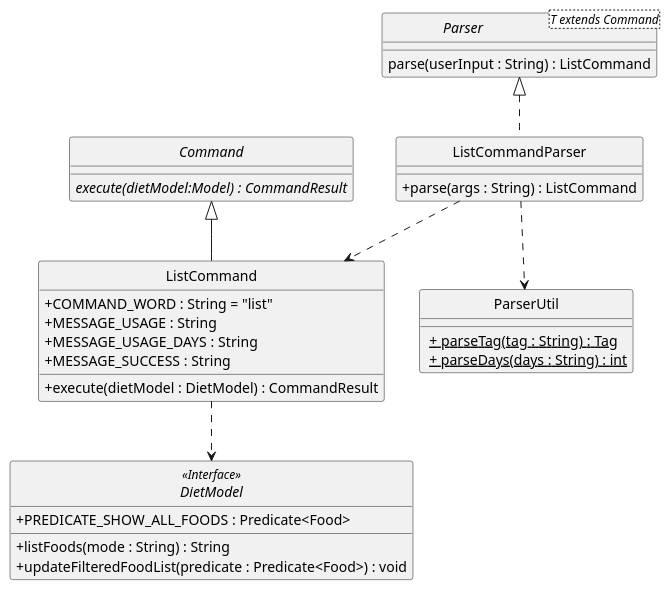
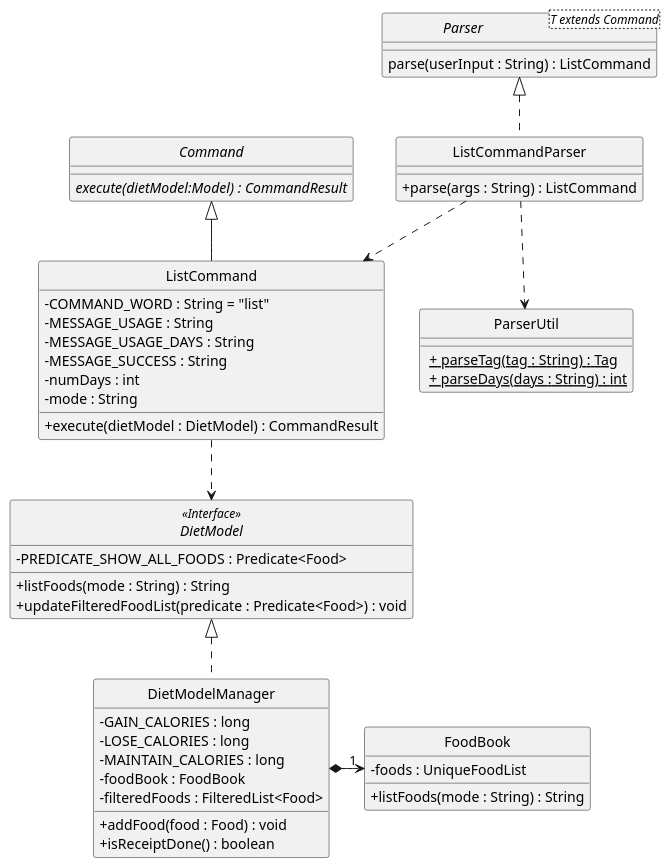
The diagram in docs/diagrams/DietTrackerListCommandClassDiagram.puml (nus-cs2103-AY1920S2/addressbook-level3), drawn with PlantUML before and after one commit. The commit also changed 7 other files, not shown here.

Commit message:
Update class diagrams

```diff
--- a/docs/diagrams/DietTrackerListCommandClassDiagram.puml
+++ b/docs/diagrams/DietTrackerListCommandClassDiagram.puml
@@ -1,56 +1,79 @@
 @startuml
 /' @author @akhilvuputuri'/
 /' Got inspiration and adapted
 from https://github.com/AY1920S2-CS2103T-W12-1/main/blob/master/docs/images/DeliveredClassDiagram.png '/
 
 skinparam backgroundColor #ffffff
 skinparam classAttributeIconSize 0
 hide circle
 
 
 class ListCommandParser implements Parser {
     /' Methods '/
     + parse(args : String) : ListCommand
 }
 
 interface Parser<T extends Command> {
     parse(userInput : String) : ListCommand
 }
 
 abstract class Command {
     {abstract} execute(dietModel:Model) : CommandResult
 }
 
 class ListCommand extends Command {
     /' Fields '/
-    + COMMAND_WORD : String = "list"
-    + MESSAGE_USAGE : String
-    + MESSAGE_USAGE_DAYS : String
-    + MESSAGE_SUCCESS : String
+    - COMMAND_WORD : String = "list"
+    - MESSAGE_USAGE : String
+    - MESSAGE_USAGE_DAYS : String
+    - MESSAGE_SUCCESS : String
+    - numDays : int
+    - mode : String
 
     /' Methods '/
     + execute(dietModel : DietModel) : CommandResult
 
 }
 
 interface DietModel <<Interface>> {
-    + PREDICATE_SHOW_ALL_FOODS : Predicate<Food>
+    - PREDICATE_SHOW_ALL_FOODS : Predicate<Food>
 
     + listFoods(mode : String) : String
     + updateFilteredFoodList(predicate : Predicate<Food>) : void
 
 }
 
 class ParserUtil {
     <u> + parseTag(tag : String) : Tag
     <u> + parseDays(days : String) : int
 }
 
+class DietModelManager implements DietModel {
+    /' Fields '/
+    - GAIN_CALORIES : long
+    - LOSE_CALORIES : long
+    - MAINTAIN_CALORIES : long
+    - foodBook : FoodBook
+    - filteredFoods : FilteredList<Food>
+
+    /' Methods '/
+    + addFood(food : Food) : void
+    + isReceiptDone() : boolean
+}
+
+class FoodBook {
+    /' Fields '/
+    - foods : UniqueFoodList
+
+    /' Methods '/
+    + listFoods(mode : String) : String
+}
+
 
 
 ListCommandParser ..> ListCommand
 ListCommandParser ..> ParserUtil
 ListCommand ..> DietModel
-
+DietModelManager *-right->"1" FoodBook
 
 @enduml
```
